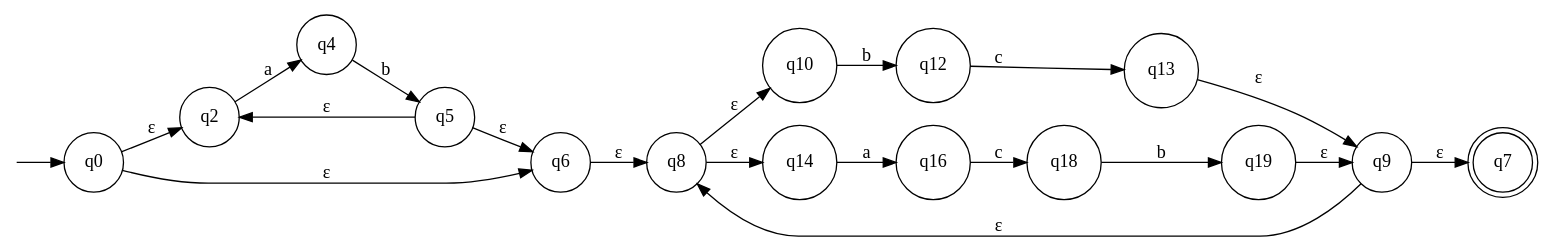
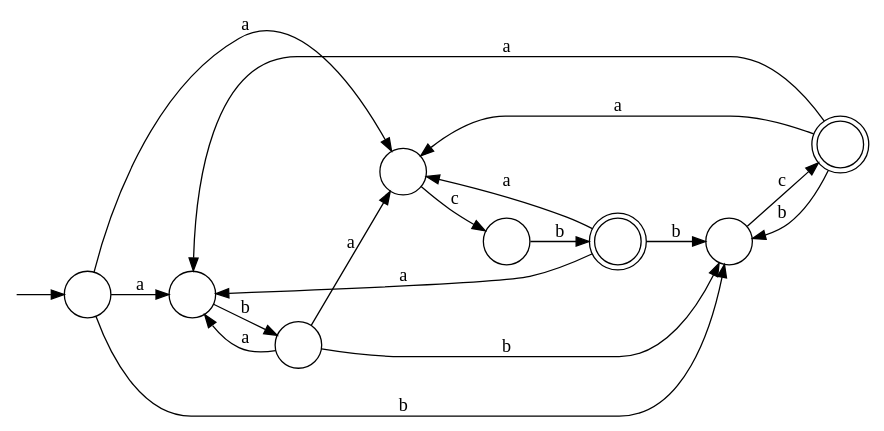
Before and after one commit to water-mizuu/finite_automata_conversion: the diagram in nfa_e.dot, drawn with Graphviz. The commit also changed 9 other files, not shown here.

```diff
--- a/nfa_e.dot
+++ b/nfa_e.dot
@@ -1,38 +1,29 @@
 digraph G {
   rankdir=LR;
   n__ [label="" shape=none width=.0];
-  0 [shape=circle label="q0"];
-  2 [shape=circle label="q2"];
-  4 [shape=circle label="q4"];
-  5 [shape=circle label="q5"];
-  6 [shape=circle label="q6"];
-  7 [shape=doublecircle label="q7"];
-  8 [shape=circle label="q8"];
-  9 [shape=circle label="q9"];
-  10 [shape=circle label="q10"];
-  12 [shape=circle label="q12"];
-  13 [shape=circle label="q13"];
-  14 [shape=circle label="q14"];
-  16 [shape=circle label="q16"];
-  18 [shape=circle label="q18"];
-  19 [shape=circle label="q19"];
+  0 [shape=circle label=""];
+  1 [shape=circle label=""];
+  2 [shape=circle label=""];
+  3 [shape=circle label=""];
+  4 [shape=doublecircle label=""];
+  5 [shape=circle label=""];
+  6 [shape=circle label=""];
+  7 [shape=doublecircle label=""];
   n__ -> 0;
-  2 -> 4 [label="a"];
-  4 -> 5 [label="b"];
-  0 -> 2 [label="ε"];
-  0 -> 6 [label="ε"];
-  5 -> 2 [label="ε"];
-  5 -> 6 [label="ε"];
-  10 -> 12 [label="b"];
-  12 -> 13 [label="c"];
-  14 -> 16 [label="a"];
-  16 -> 18 [label="c"];
-  18 -> 19 [label="b"];
-  8 -> 10 [label="ε"];
-  8 -> 14 [label="ε"];
-  13 -> 9 [label="ε"];
-  19 -> 9 [label="ε"];
-  6 -> 8 [label="ε"];
-  9 -> 8 [label="ε"];
-  9 -> 7 [label="ε"];
+  0 -> 1 [label="a"];
+  0 -> 5 [label="a"];
+  0 -> 3 [label="b"];
+  1 -> 2 [label="b"];
+  2 -> 1 [label="a"];
+  2 -> 5 [label="a"];
+  2 -> 3 [label="b"];
+  3 -> 4 [label="c"];
+  4 -> 1 [label="a"];
+  4 -> 5 [label="a"];
+  4 -> 3 [label="b"];
+  5 -> 6 [label="c"];
+  6 -> 7 [label="b"];
+  7 -> 1 [label="a"];
+  7 -> 5 [label="a"];
+  7 -> 3 [label="b"];
 }
```
